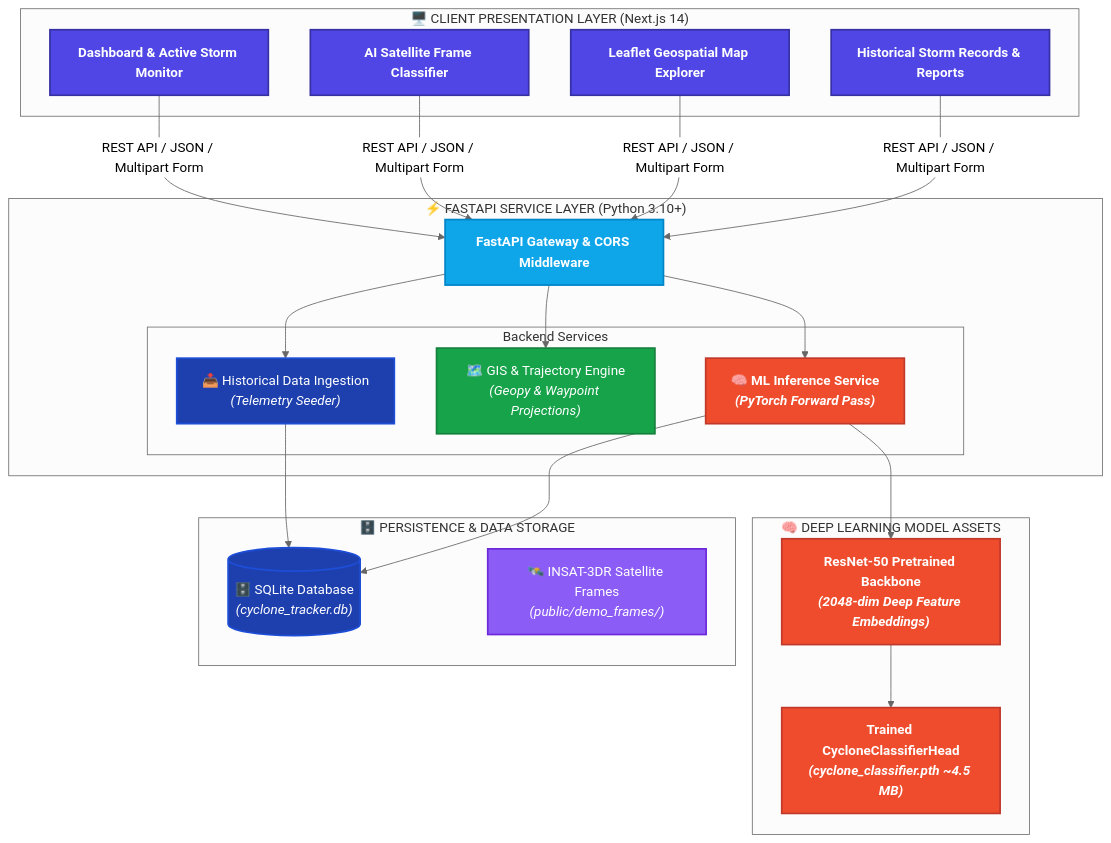
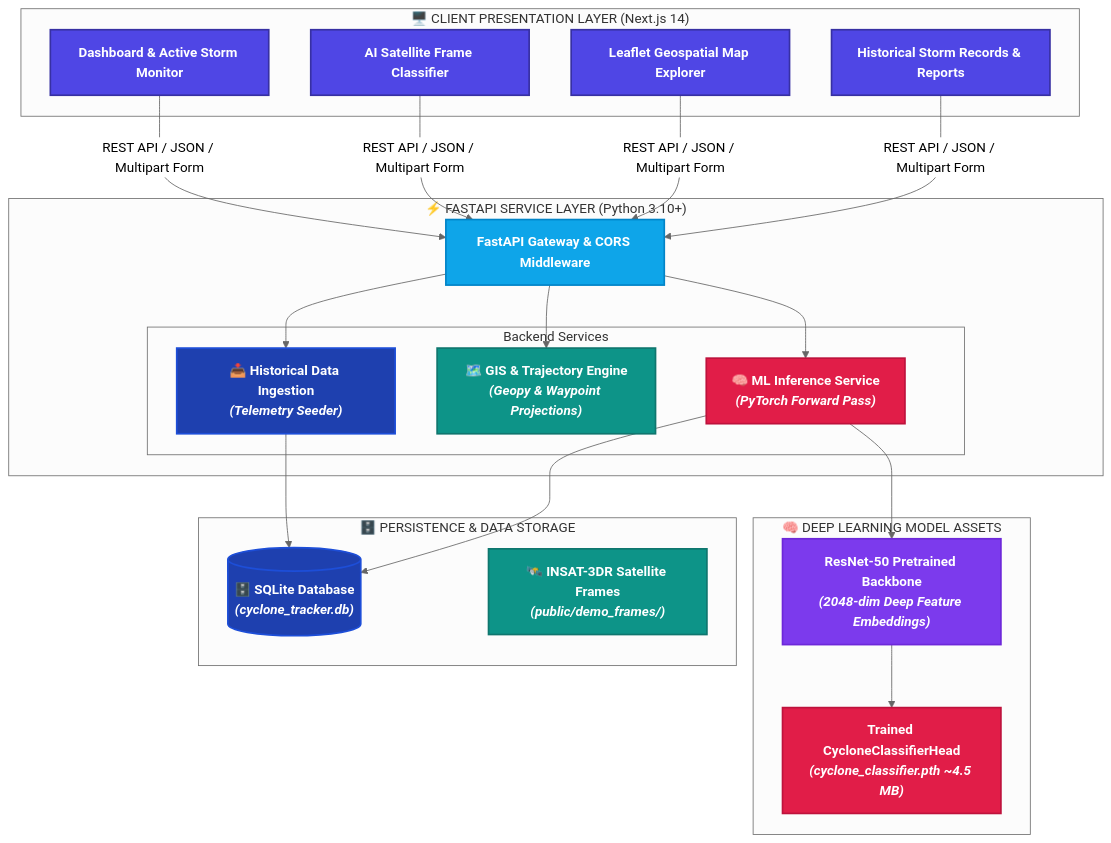
Before and after one commit to 8ernity/CycloNet: the first of 3 diagrams in README.md, drawn with Mermaid (neutral theme). The commit also changed other lines of this file, not shown here.

Commit message:
docs: remove header picture and enhance Mermaid diagram color schemes

````diff
--- a/README.md
+++ b/README.md
@@ -71,43 +67,43 @@
 ```mermaid
 flowchart TB
     classDef clientStyle fill:#4F46E5,stroke:#3730A3,stroke-width:2px,color:#FFFFFF,font-weight:bold
     classDef apiStyle fill:#0EA5E9,stroke:#0284C7,stroke-width:2px,color:#FFFFFF,font-weight:bold
-    classDef mlStyle fill:#EE4C2C,stroke:#C0392B,stroke-width:2px,color:#FFFFFF,font-weight:bold
-    classDef mapStyle fill:#16A34A,stroke:#15803D,stroke-width:2px,color:#FFFFFF
-    classDef dbStyle fill:#1E40AF,stroke:#1D4ED8,stroke-width:2px,color:#FFFFFF
-    classDef extStyle fill:#8B5CF6,stroke:#6D28D9,stroke-width:2px,color:#FFFFFF
+    classDef mlStyle fill:#E11D48,stroke:#BE123C,stroke-width:2px,color:#FFFFFF,font-weight:bold
+    classDef mapStyle fill:#0D9488,stroke:#0F766E,stroke-width:2px,color:#FFFFFF,font-weight:bold
+    classDef dbStyle fill:#1E40AF,stroke:#1D4ED8,stroke-width:2px,color:#FFFFFF,font-weight:bold
+    classDef extStyle fill:#7C3AED,stroke:#6D28D9,stroke-width:2px,color:#FFFFFF,font-weight:bold
 
     subgraph ClientLayer["🖥️ CLIENT PRESENTATION LAYER (Next.js 14)"]
         Dashboard["Dashboard & Active Storm Monitor"]:::clientStyle
         ClassifierUI["AI Satellite Frame Classifier"]:::clientStyle
         MapView["Leaflet Geospatial Map Explorer"]:::clientStyle
         ArchiveUI["Historical Storm Records & Reports"]:::clientStyle
     end
 
     Dashboard & ClassifierUI & MapView & ArchiveUI -->|REST API / JSON / Multipart Form| Gateway
 
     subgraph BackendLayer["⚡ FASTAPI SERVICE LAYER (Python 3.10+)"]
         Gateway["FastAPI Gateway & CORS Middleware"]:::apiStyle
 
         subgraph CoreServices["Backend Services"]
             MLService["🧠 ML Inference Service<br/><i>(PyTorch Forward Pass)</i>"]:::mlStyle
             GISService["🗺️ GIS & Trajectory Engine<br/><i>(Geopy & Waypoint Projections)</i>"]:::mapStyle
             DataIngest["📥 Historical Data Ingestion<br/><i>(Telemetry Seeder)</i>"]:::dbStyle
         end
 
         Gateway --> MLService & GISService & DataIngest
     end
 
     subgraph DLModel["🧠 DEEP LEARNING MODEL ASSETS"]
-        Backbone["ResNet-50 Pretrained Backbone<br/><i>(2048-dim Deep Feature Embeddings)</i>"]:::mlStyle
+        Backbone["ResNet-50 Pretrained Backbone<br/><i>(2048-dim Deep Feature Embeddings)</i>"]:::extStyle
         ClassifierHead["Trained CycloneClassifierHead<br/><i>(cyclone_classifier.pth ~4.5 MB)</i>"]:::mlStyle
         MLService --> Backbone --> ClassifierHead
     end
 
     subgraph StorageLayer["🗄️ PERSISTENCE & DATA STORAGE"]
         DB[("🗄️ SQLite Database<br/><i>(cyclone_tracker.db)</i>")]:::dbStyle
-        DemoFrames["🛰️ INSAT-3DR Satellite Frames<br/><i>(public/demo_frames/)</i>"]:::extStyle
+        DemoFrames["🛰️ INSAT-3DR Satellite Frames<br/><i>(public/demo_frames/)</i>"]:::mapStyle
         DataIngest --> DB
         MLService --> DB
     end
 ```
````
